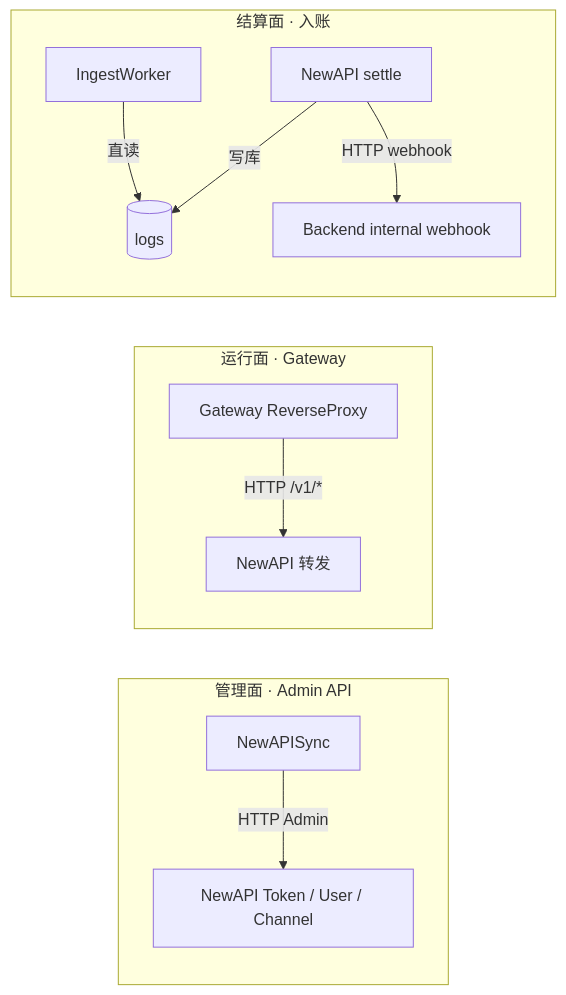
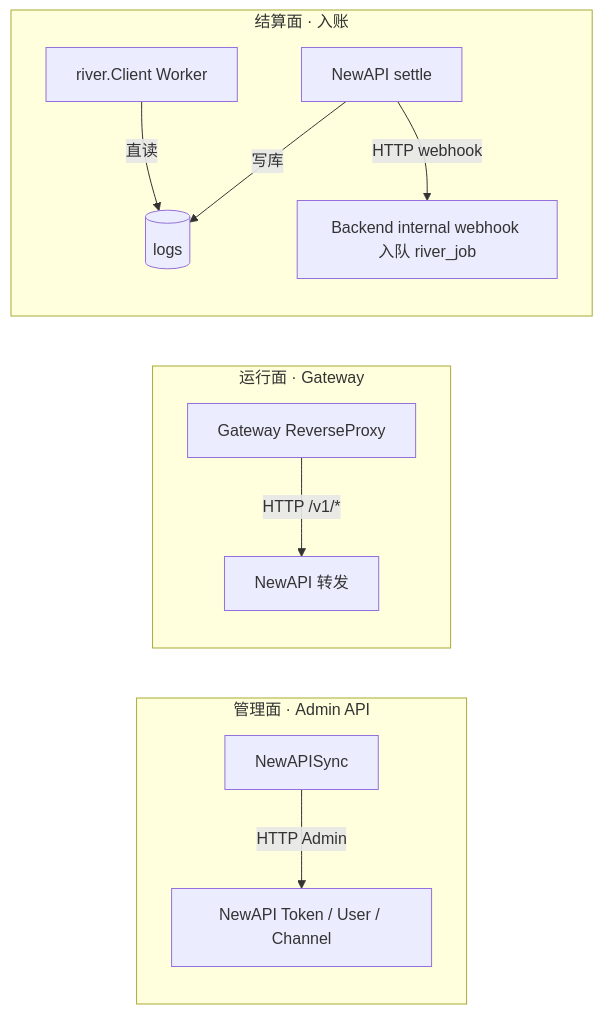
One commit to quyip8818/mytokenjoy changed the third of 8 diagrams in apps/docs/Backend-Ingest架构.md. Above: the diagram before and after it, drawn with Mermaid. The commit also changed other lines of this file and 33 other files, not shown here.

````diff
--- a/apps/docs/Backend-Ingest架构.md
+++ b/apps/docs/Backend-Ingest架构.md
@@ -95,16 +94,16 @@
 ```mermaid
 flowchart LR
   subgraph admin [管理面 · Admin API]
     LC[NewAPISync] -->|HTTP Admin| NA1[NewAPI Token / User / Channel]
   end
 
   subgraph runtime [运行面 · Gateway]
     GW[Gateway ReverseProxy] -->|HTTP /v1/*| NA2[NewAPI 转发]
   end
 
   subgraph settle [结算面 · 入账]
     NA3[NewAPI settle] -->|写库| LOG[(logs)]
-    NA3 -->|HTTP webhook| WH[Backend internal webhook]
-    WK[IngestWorker] -->|直读| LOG
+    NA3 -->|HTTP webhook| WH[Backend internal webhook 入队 river_job]
+    W[river.Client Worker] -->|直读| LOG
   end
 ```
````
